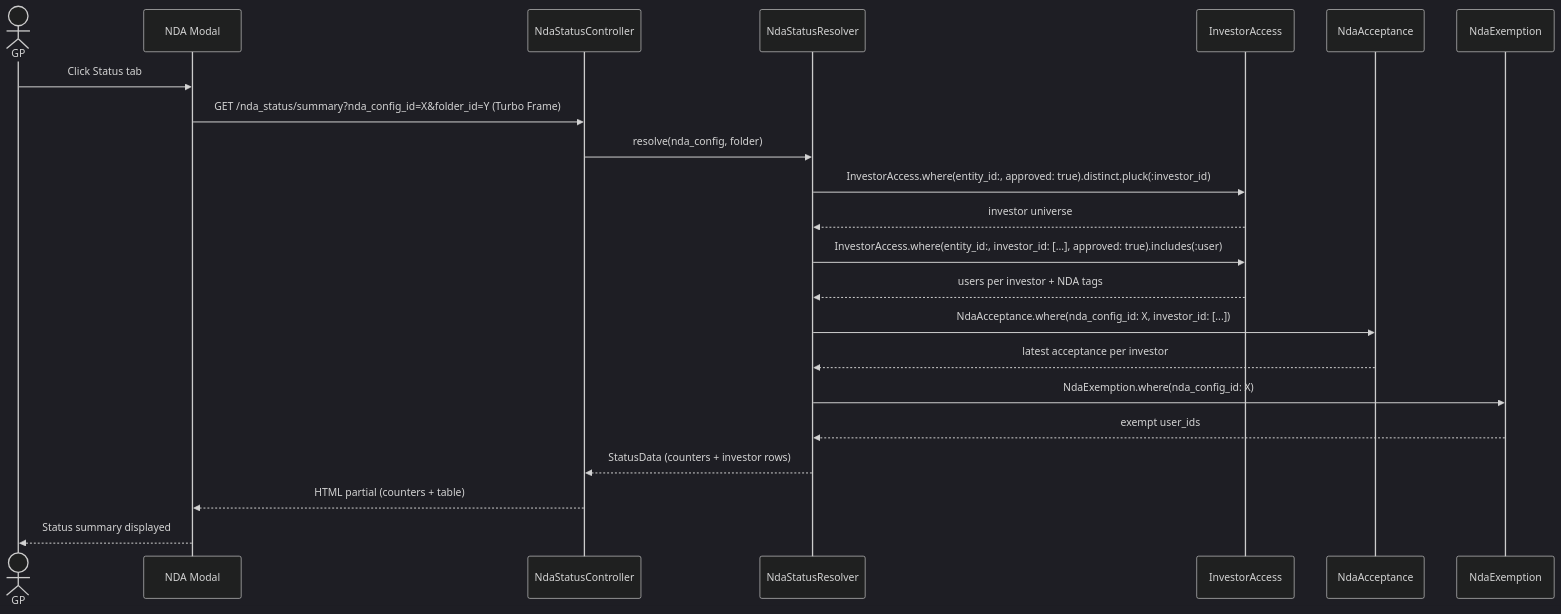
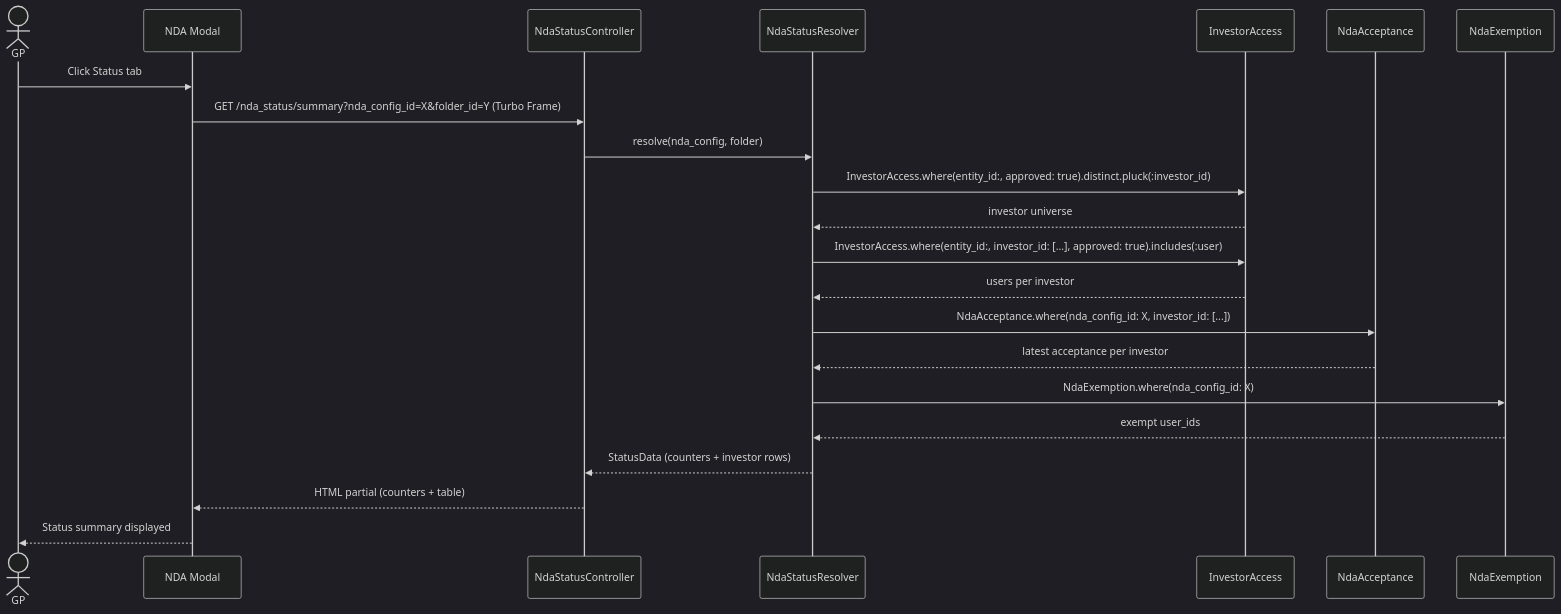
Before and after one commit to sampadadiwan/IRM_CompanyMain: the seventh of 11 diagrams in openspec/changes/nda-data-room-module-3-gp-dashboard/design.md, drawn with Mermaid (dark theme). The commit also changed other lines of this file and 10 other files, not shown here.

First line of the commit message:
feat: Add per-NDA signatory designation replacing entity-wide tag_list

````diff
--- a/openspec/changes/nda-data-room-module-3-gp-dashboard/design.md
+++ b/openspec/changes/nda-data-room-module-3-gp-dashboard/design.md
@@ -260,25 +281,25 @@
 ```mermaid
 sequenceDiagram
     actor GP
     participant Modal as NDA Modal
     participant Ctrl as NdaStatusController
     participant Resolver as NdaStatusResolver
     participant IA as InvestorAccess
     participant NA as NdaAcceptance
     participant NE as NdaExemption
 
     GP->>Modal: Click Status tab
     Modal->>Ctrl: GET /nda_status/summary?nda_config_id=X&folder_id=Y (Turbo Frame)
     Ctrl->>Resolver: resolve(nda_config, folder)
     Resolver->>IA: InvestorAccess.where(entity_id:, approved: true).distinct.pluck(:investor_id)
     IA-->>Resolver: investor universe
     Resolver->>IA: InvestorAccess.where(entity_id:, investor_id: [...], approved: true).includes(:user)
-    IA-->>Resolver: users per investor + NDA tags
+    IA-->>Resolver: users per investor
     Resolver->>NA: NdaAcceptance.where(nda_config_id: X, investor_id: [...])
     NA-->>Resolver: latest acceptance per investor
     Resolver->>NE: NdaExemption.where(nda_config_id: X)
     NE-->>Resolver: exempt user_ids
     Resolver-->>Ctrl: StatusData (counters + investor rows)
     Ctrl-->>Modal: HTML partial (counters + table)
     Modal-->>GP: Status summary displayed
 ```
````
